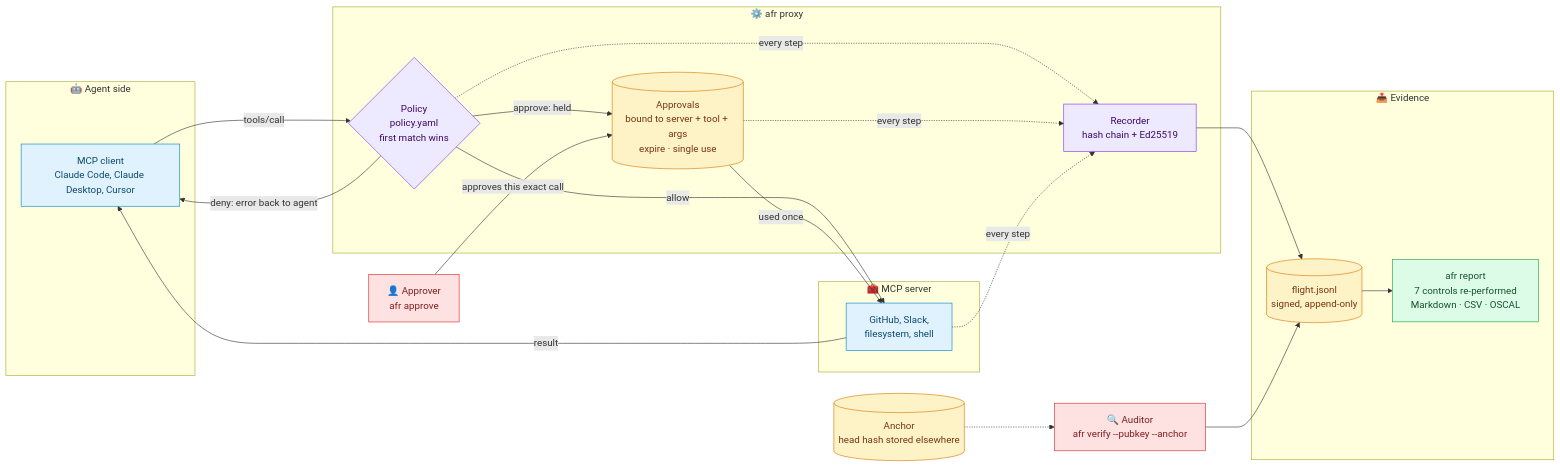
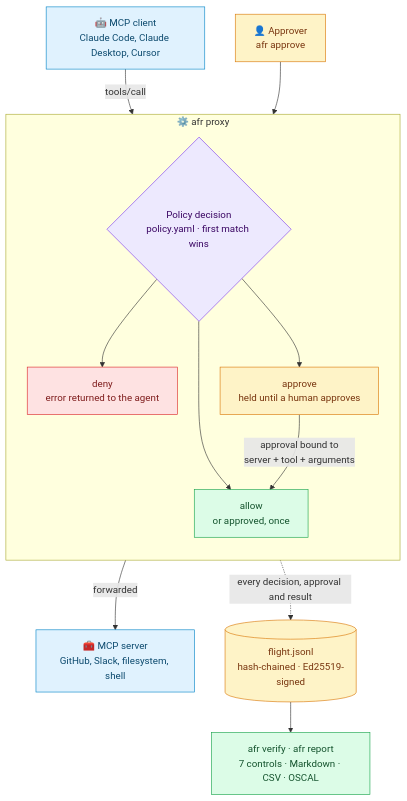
Before and after one commit to Mihirajmera/agent-flight-recorder: the first of 3 diagrams in README.md, drawn with Mermaid.

Commit message:
README: clearer architecture diagram

````diff
--- a/README.md
+++ b/README.md
@@ -37,44 +37,35 @@
 ```mermaid
-flowchart LR
-    subgraph CLIENT["🤖 Agent side"]
-        A["MCP client<br/>Claude Code, Claude Desktop, Cursor"]
-    end
+flowchart TB
+    A["🤖 MCP client<br/>Claude Code, Claude Desktop, Cursor"]
     subgraph AFR["⚙️ afr proxy"]
-        P{"Policy<br/>policy.yaml<br/>first match wins"}
-        AP[("Approvals<br/>bound to server + tool + args<br/>expire · single use")]
-        REC["Recorder<br/>hash chain + Ed25519"]
-    end
-    subgraph SRV["🧰 MCP server"]
-        S["GitHub, Slack,<br/>filesystem, shell"]
-    end
-    subgraph EVID["📤 Evidence"]
-        LOG[("flight.jsonl<br/>signed, append-only")]
-        RPT["afr report<br/>7 controls re-performed<br/>Markdown · CSV · OSCAL"]
+        direction TB
+        P{"Policy decision<br/>policy.yaml · first match wins"}
+        D["deny<br/>error returned to the agent"]
+        Q["approve<br/>held until a human approves"]
+        OK["allow<br/>or approved, once"]
+        P --> D
+        P --> Q
+        P --> OK
+        Q -->|"approval bound to<br/>server + tool + arguments"| OK
     end
     H["👤 Approver<br/>afr approve"]
-    AUD["🔍 Auditor<br/>afr verify --pubkey --anchor"]
-    ANC[("Anchor<br/>head hash stored elsewhere")]
-
+    S["🧰 MCP server<br/>GitHub, Slack, filesystem, shell"]
+    LOG[("flight.jsonl<br/>hash-chained · Ed25519-signed")]
+    RPT["afr verify · afr report<br/>7 controls · Markdown · CSV · OSCAL"]
     A -->|tools/call| P
-    P -->|allow| S
-    P -->|"deny: error back to agent"| A
-    P -->|"approve: held"| AP
-    H -->|"approves this exact call"| AP
-    AP -->|"used once"| S
-    S -->|result| A
-    P & AP & S -. every step .-> REC --> LOG
+    H --> Q
+    OK -->|forwarded| S
+    AFR -. "every decision, approval and result" .-> LOG
     LOG --> RPT
-    AUD --> LOG
-    ANC -.-> AUD
 
     classDef client fill:#e0f2fe,stroke:#0284c7,color:#0c4a6e
     classDef core fill:#ede9fe,stroke:#7c3aed,color:#3b0764
-    classDef data fill:#fef3c7,stroke:#d97706,color:#78350f
-    classDef output fill:#dcfce7,stroke:#16a34a,color:#14532d
-    classDef person fill:#fee2e2,stroke:#dc2626,color:#7f1d1d
+    classDef deny fill:#fee2e2,stroke:#dc2626,color:#7f1d1d
+    classDef gate fill:#fef3c7,stroke:#d97706,color:#78350f
+    classDef ok fill:#dcfce7,stroke:#16a34a,color:#14532d
     class A,S client
-    class P,REC core
-    class AP,LOG,ANC data
-    class RPT output
-    class H,AUD person
+    class P core
+    class D deny
+    class Q,H,LOG gate
+    class OK,RPT ok
 ```
````
